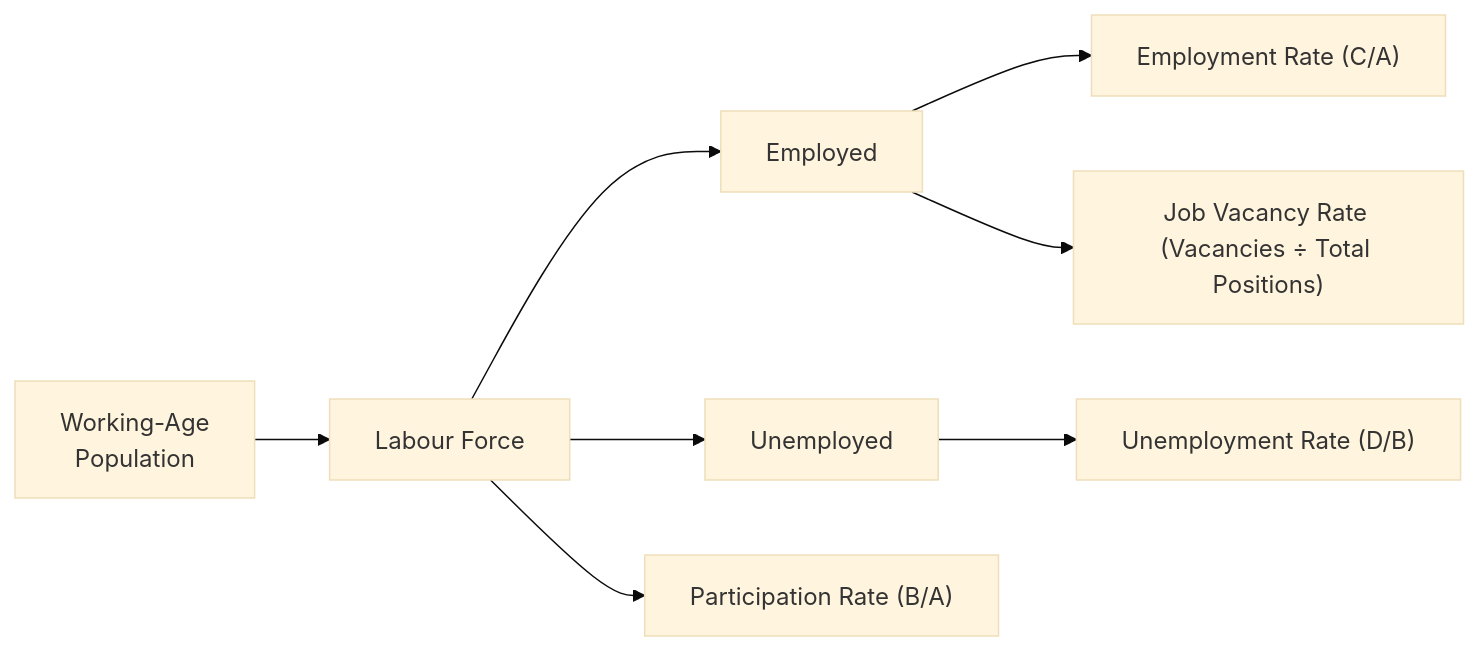
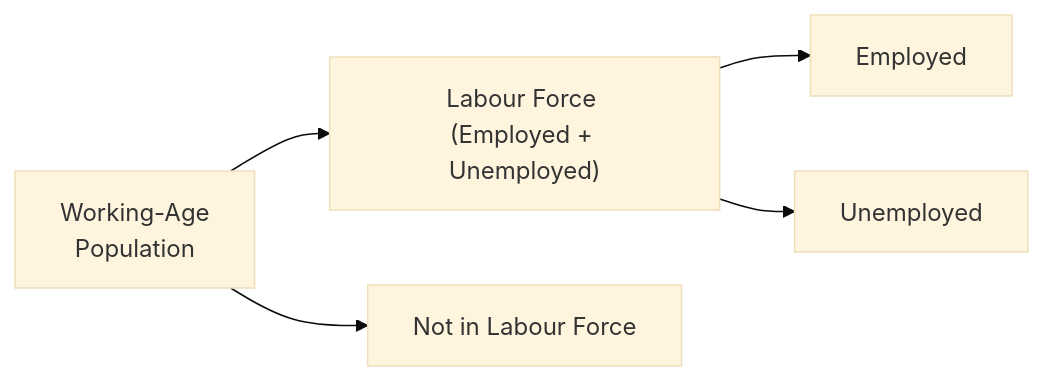
The diagram in content/ifc/3/4/index.md (MasteryEducation/SecuritiesExamsMastery.ca), drawn with Mermaid (base theme) before and after one commit. The commit also changed other lines of this file and 130 other files, not shown here.

````diff
--- a/content/ifc/3/4/index.md
+++ b/content/ifc/3/4/index.md
@@ -92,10 +44,7 @@
 ```mermaid
 flowchart LR
-    A["Working-Age <br/> Population"] --> B["Labour Force"]
-    B["Labour Force"] --> C["Employed"]
-    B["Labour Force"] --> D["Unemployed"]
-    C["Employed"] --> E["Employment Rate (C/A)"]
-    D["Unemployed"] --> F["Unemployment Rate (D/B)"]
-    B["Labour Force"] --> G["Participation Rate (B/A)"]
-    C["Employed"] --> H["Job Vacancy Rate <br/>(Vacancies ÷ Total Positions)"]
+   A["Working-Age <br/> Population"] --> B["Labour Force <br/>(Employed + Unemployed)"]
+   B --> C["Employed"]
+   B --> D["Unemployed"]
+   A["Working-Age <br/> Population"] --> E["Not in Labour Force"]
 ```
````
